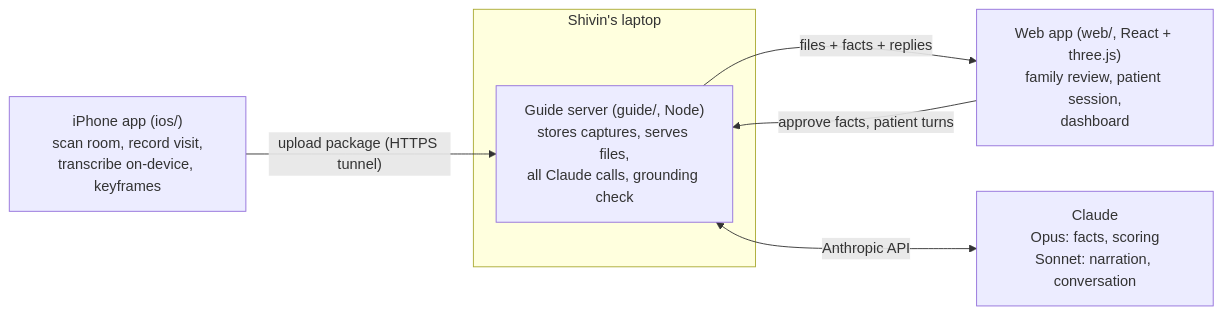
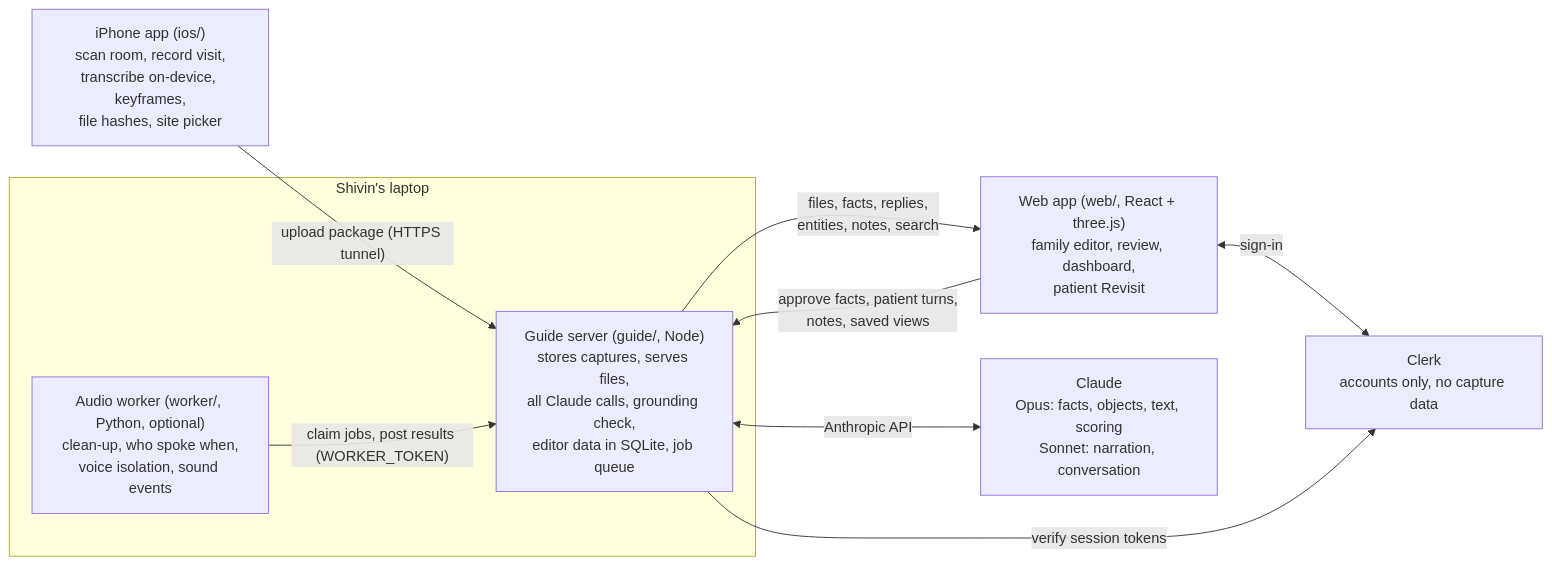
The diagram in CLAUDE.md (shividoge/re-collection), drawn with Mermaid before and after one commit. The commit also changed other lines of this file and 13 other files, not shown here.

````diff
--- a/CLAUDE.md
+++ b/CLAUDE.md
@@ -42,10 +65,14 @@
 ```mermaid
 flowchart LR
-  phone["iPhone app (ios/)\nscan room, record visit,\ntranscribe on-device, keyframes"] -->|"upload package (HTTPS tunnel)"| guide
+  phone["iPhone app (ios/)\nscan room, record visit,\ntranscribe on-device, keyframes,\nfile hashes, site picker"] -->|"upload package (HTTPS tunnel)"| guide
   subgraph laptop["Shivin's laptop"]
-    guide["Guide server (guide/, Node)\nstores captures, serves files,\nall Claude calls, grounding check"]
+    guide["Guide server (guide/, Node)\nstores captures, serves files,\nall Claude calls, grounding check,\neditor data in SQLite, job queue"]
+    worker["Audio worker (worker/, Python, optional)\nclean-up, who spoke when,\nvoice isolation, sound events"]
+    worker -->|"claim jobs, post results (WORKER_TOKEN)"| guide
   end
-  guide -->|"files + facts + replies"| web["Web app (web/, React + three.js)\nfamily review, patient session,\ndashboard"]
-  web -->|"approve facts, patient turns"| guide
-  guide <-->|"Anthropic API"| claude["Claude\nOpus: facts, scoring\nSonnet: narration, conversation"]
+  guide -->|"files, facts, replies,\nentities, notes, search"| web["Web app (web/, React + three.js)\nfamily editor, review, dashboard,\npatient Revisit"]
+  web -->|"approve facts, patient turns,\nnotes, saved views"| guide
+  guide <-->|"Anthropic API"| claude["Claude\nOpus: facts, objects, text, scoring\nSonnet: narration, conversation"]
+  web <-->|"sign-in"| clerk["Clerk\naccounts only, no capture data"]
+  guide -->|"verify session tokens"| clerk
 ```
````
